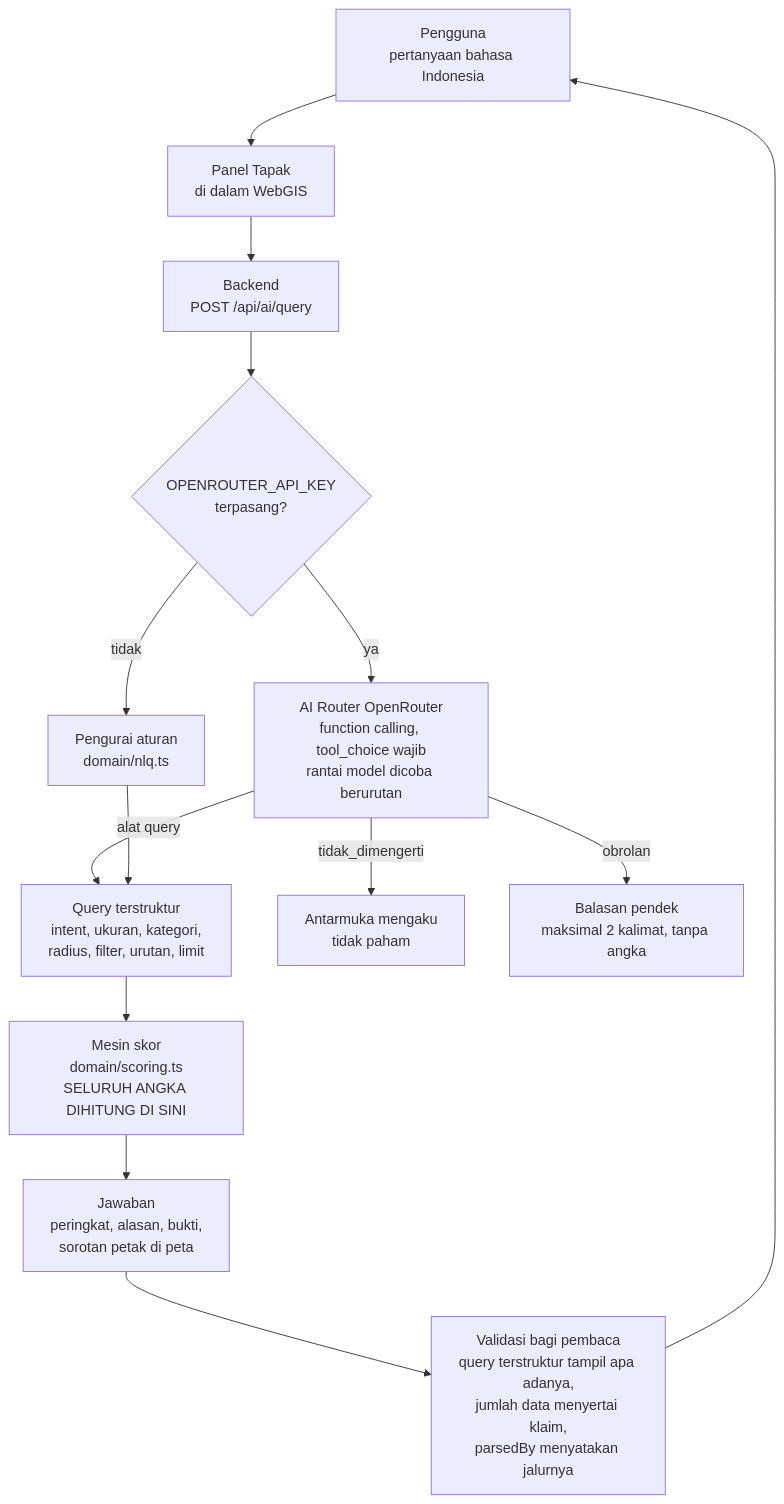
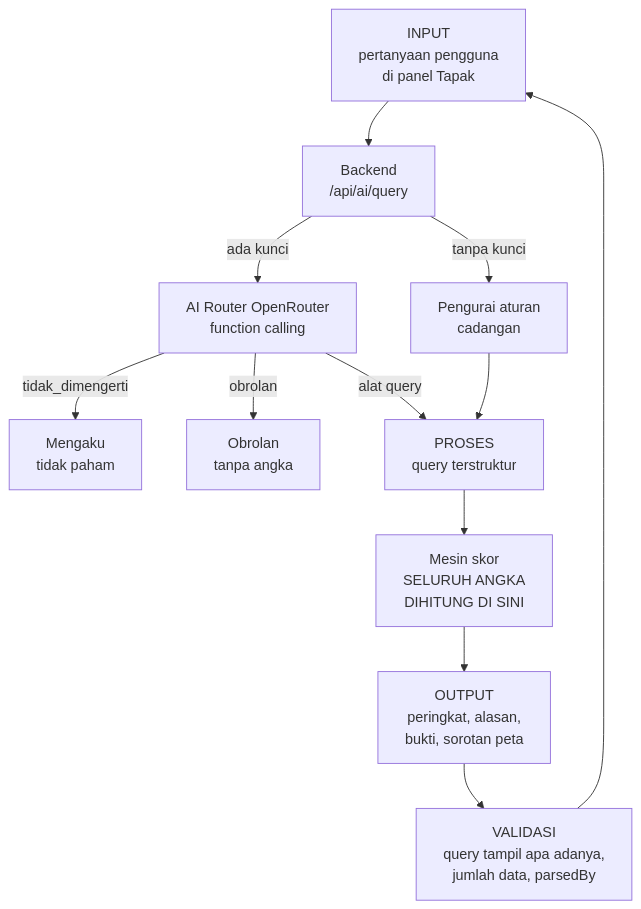
One commit to VennethN/SpotOn changed the first of 2 diagrams in docs/05-prd-spoton.md. Above: the diagram before and after it, drawn with Mermaid. The commit also changed other lines of this file and 2 other files, not shown here.

Commit message:
docs(prd): add the PRD as a submittable A4 PDF
The competition takes a PDF, not Markdown: A4, font no smaller than 11 pt,
named after the team and the project. This is that file, rendered from the
Markdown so the two cannot drift.

The two diagrams were redrawn on the way. Both were laid out for a screen and
had to be shrunk to fit the text column, which took their labels down to
around 6 pt. Nodes now carry the relationship and the prose carries the
detail, which is where it already was, and the labels land back around 9 pt.

The cover carries no running head, and page numbers count from it without
printing on it, the way the organisers' own template is paginated.

Claude-Session: https://claude.ai/code/session_01BZxVbxUoezVawVaU7TgmLK

````diff
--- a/docs/05-prd-spoton.md
+++ b/docs/05-prd-spoton.md
@@ -431,16 +431,23 @@
 ```mermaid
-flowchart TD
-  U["Pengguna<br/>pertanyaan bahasa Indonesia"] --> P["Panel Tapak<br/>di dalam WebGIS"]
-  P --> API["Backend<br/>POST /api/ai/query"]
-  API --> R{"OPENROUTER_API_KEY<br/>terpasang?"}
-  R -- "ya" --> LLM["AI Router OpenRouter<br/>function calling, tool_choice wajib<br/>rantai model dicoba berurutan"]
-  R -- "tidak" --> RB["Pengurai aturan<br/>domain/nlq.ts"]
-  LLM -- "alat query" --> SQ["Query terstruktur<br/>intent, ukuran, kategori,<br/>radius, filter, urutan, limit"]
-  LLM -- "tidak_dimengerti" --> NU["Antarmuka mengaku<br/>tidak paham"]
-  LLM -- "obrolan" --> CH["Balasan pendek<br/>maksimal 2 kalimat, tanpa angka"]
-  RB --> SQ
-  SQ --> ENG["Mesin skor<br/>domain/scoring.ts<br/>SELURUH ANGKA DIHITUNG DI SINI"]
-  ENG --> OUT["Jawaban<br/>peringkat, alasan, bukti,<br/>sorotan petak di peta"]
-  OUT --> V["Validasi bagi pembaca<br/>query terstruktur tampil apa adanya,<br/>jumlah data menyertai klaim,<br/>parsedBy menyatakan jalurnya"]
-  V --> U
+flowchart TB
+  A["INPUT<br/>pertanyaan pengguna<br/>di panel Tapak"]
+  B["Backend<br/>/api/ai/query"]
+  E["AI Router OpenRouter<br/>function calling"]
+  D["Pengurai aturan<br/>cadangan"]
+  F["Mengaku<br/>tidak paham"]
+  G["Obrolan<br/>tanpa angka"]
+  H["PROSES<br/>query terstruktur"]
+  I["Mesin skor<br/>SELURUH ANGKA<br/>DIHITUNG DI SINI"]
+  J["OUTPUT<br/>peringkat, alasan,<br/>bukti, sorotan peta"]
+  K["VALIDASI<br/>query tampil apa adanya,<br/>jumlah data, parsedBy"]
+
+  A --> B
+  B -- "ada kunci" --> E
+  B -- "tanpa kunci" --> D
+  E -- "tidak_dimengerti" --> F
+  E -- "obrolan" --> G
+  E -- "alat query" --> H
+  D --> H
+  H --> I --> J --> K
+  K --> A
 ```
````
